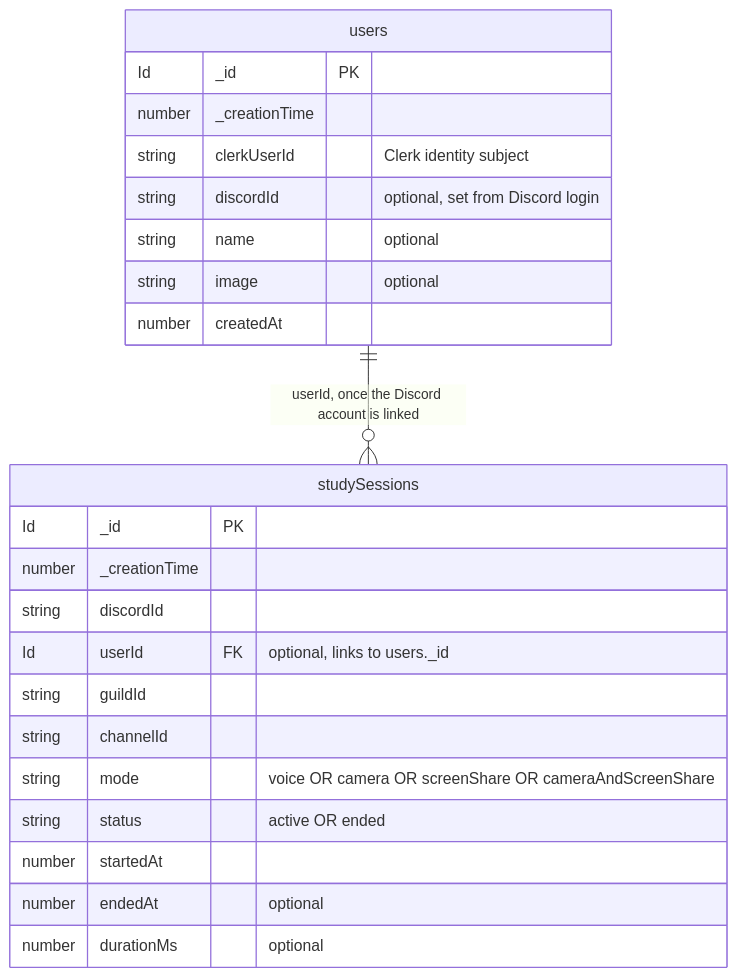
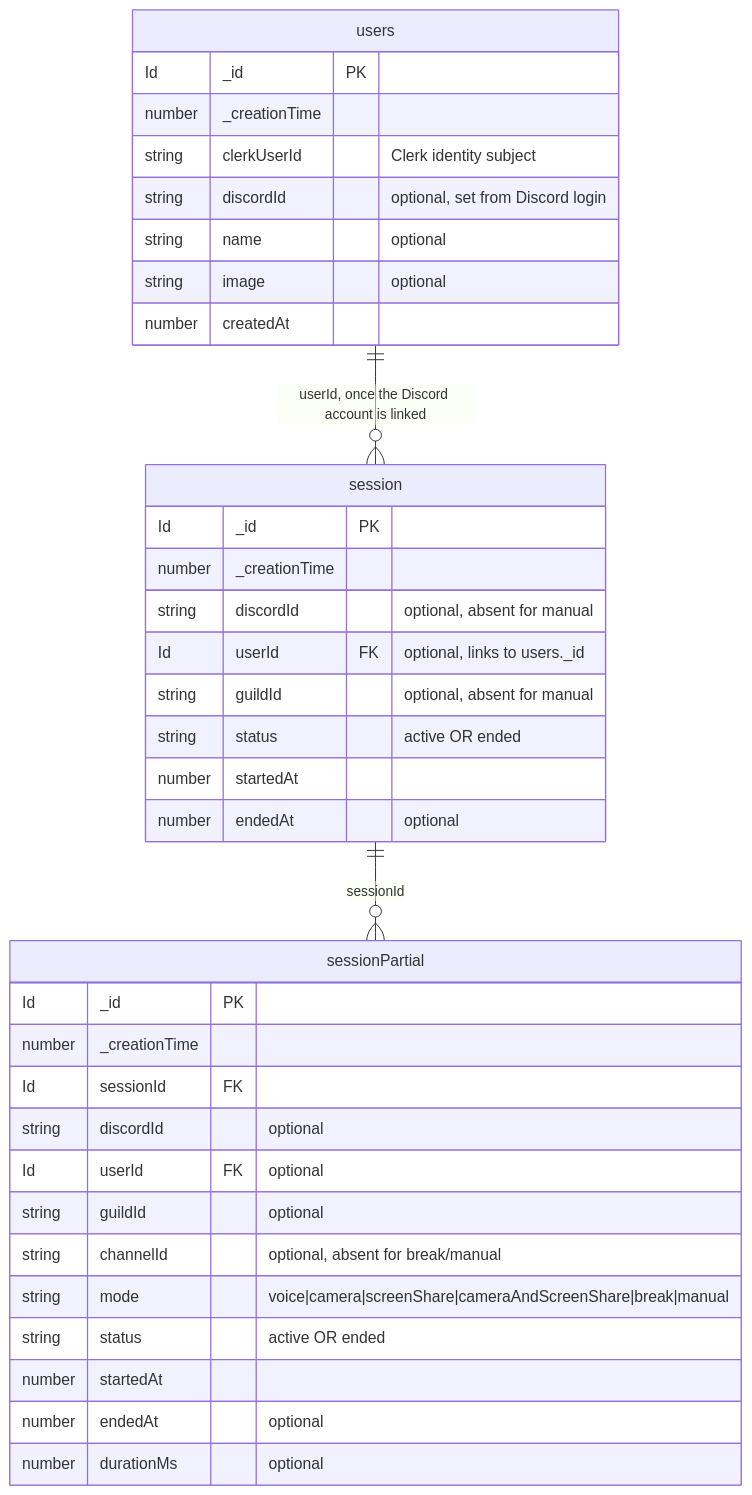
One commit to simonlearnscoding/studytrack changed the diagram in docs/vault/data-model.md. Above: the diagram before and after it, drawn with Mermaid. The commit also changed other lines of this file and 55 other files, not shown here.

````diff
--- a/docs/vault/data-model.md
+++ b/docs/vault/data-model.md
@@ -18,28 +24,41 @@
 ```mermaid
 erDiagram
     users {
         Id _id PK
         number _creationTime
         string clerkUserId "Clerk identity subject"
         string discordId "optional, set from Discord login"
         string name "optional"
         string image "optional"
         number createdAt
     }
 
-    studySessions {
+    session {
         Id _id PK
         number _creationTime
-        string discordId
+        string discordId "optional, absent for manual"
         Id userId FK "optional, links to users._id"
-        string guildId
-        string channelId
-        string mode "voice OR camera OR screenShare OR cameraAndScreenShare"
+        string guildId "optional, absent for manual"
+        string status "active OR ended"
+        number startedAt
+        number endedAt "optional"
+    }
+
+    sessionPartial {
+        Id _id PK
+        number _creationTime
+        Id sessionId FK
+        string discordId "optional"
+        Id userId FK "optional"
+        string guildId "optional"
+        string channelId "optional, absent for break/manual"
+        string mode "voice|camera|screenShare|cameraAndScreenShare|break|manual"
         string status "active OR ended"
         number startedAt
         number endedAt "optional"
         number durationMs "optional"
     }
 
-    users ||--o{ studySessions : "userId, once the Discord account is linked"
+    users ||--o{ session : "userId, once the Discord account is linked"
+    session ||--o{ sessionPartial : "sessionId"
 ```
````
